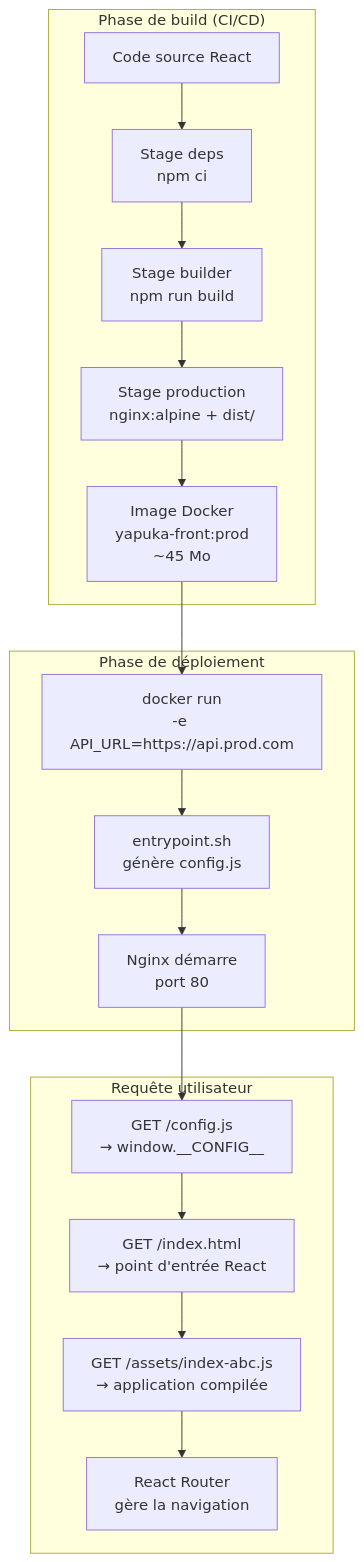
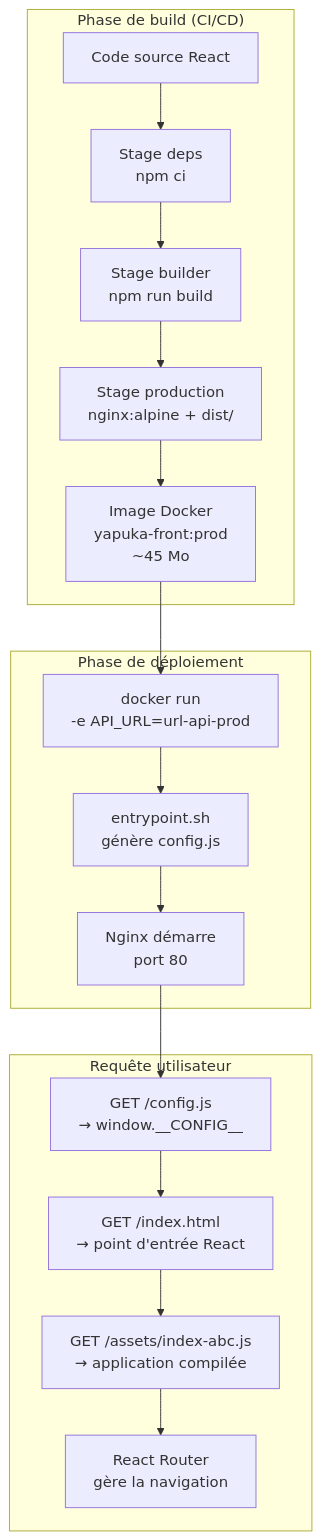
The eighth of 8 diagrams in Writerside/topics/lab-4-intro.md (smaloron/lab-symfony-stack-devops-cda-mut), drawn with Mermaid before and after one commit. The commit also changed 20 other files, not shown here.

````diff
--- a/Writerside/topics/lab-4-intro.md
+++ b/Writerside/topics/lab-4-intro.md
@@ -291,22 +291,22 @@
 ```mermaid
 flowchart TD
     subgraph Build["Phase de build (CI/CD)"]
         A["Code source React"] --> B["Stage deps<br />npm ci"]
         B --> C["Stage builder<br />npm run build"]
         C --> D["Stage production<br />nginx:alpine + dist/"]
         D --> E["Image Docker<br />yapuka-front:prod<br />~45 Mo"]
     end
 
     subgraph Deploy["Phase de déploiement"]
-        E --> F["docker run<br />-e API_URL=https://api.prod.com"]
+        E --> F["docker run<br />-e API_URL=url-api-prod"]
         F --> G["entrypoint.sh<br />génère config.js"]
         G --> H["Nginx démarre<br />port 80"]
     end
 
     subgraph Request["Requête utilisateur"]
         H --> I["GET /config.js<br />→ window.__CONFIG__"]
         I --> J["GET /index.html<br />→ point d'entrée React"]
         J --> K["GET /assets/index-abc.js<br />→ application compilée"]
         K --> L["React Router<br />gère la navigation"]
     end
 ```
````
